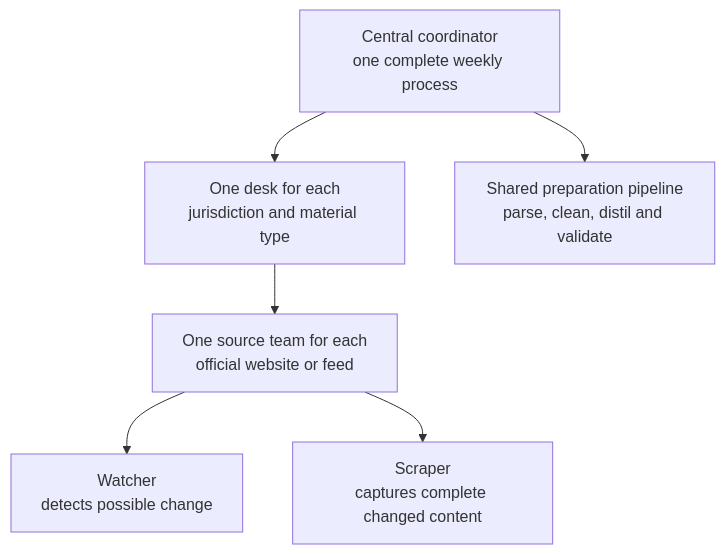
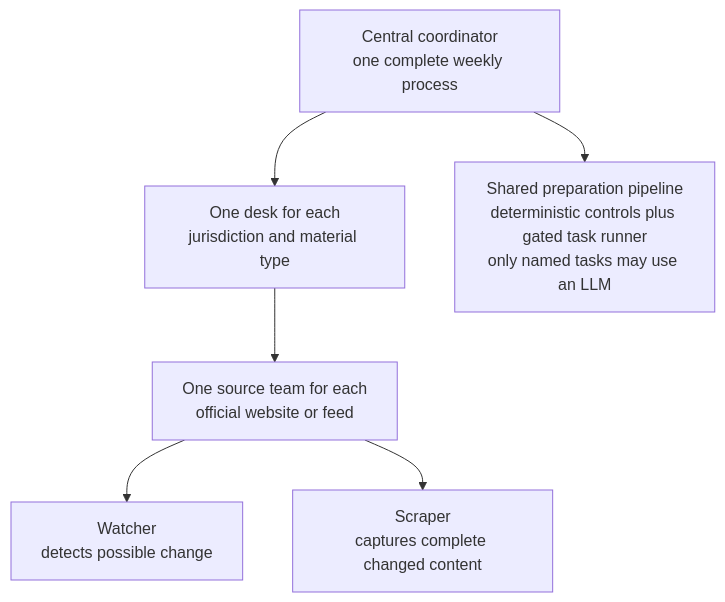
One commit to stevw-repo/AutonomousLCP changed the second of 23 diagrams in docs/design/INITIAL_OVERALL_PIPELINE_DESIGN.md. Above: the diagram before and after it, drawn with Mermaid. The commit also changed other lines of this file and 96 other files, not shown here.

````diff
--- a/docs/design/INITIAL_OVERALL_PIPELINE_DESIGN.md
+++ b/docs/design/INITIAL_OVERALL_PIPELINE_DESIGN.md
@@ -147,14 +165,14 @@
 ```mermaid
 flowchart TB
     CO["Central coordinator<br/>one complete weekly process"]
     DE["One desk for each<br/>jurisdiction and material type"]
     ST["One source team for each<br/>official website or feed"]
     WA["Watcher<br/>detects possible change"]
     SC["Scraper<br/>captures complete changed content"]
-    PP["Shared preparation pipeline<br/>parse, clean, distil and validate"]
+    PP["Shared preparation pipeline<br/>deterministic controls plus gated task runner<br/>only named tasks may use an LLM"]
 
     CO --> DE --> ST
     ST --> WA
     ST --> SC
     CO --> PP
 ```
````
